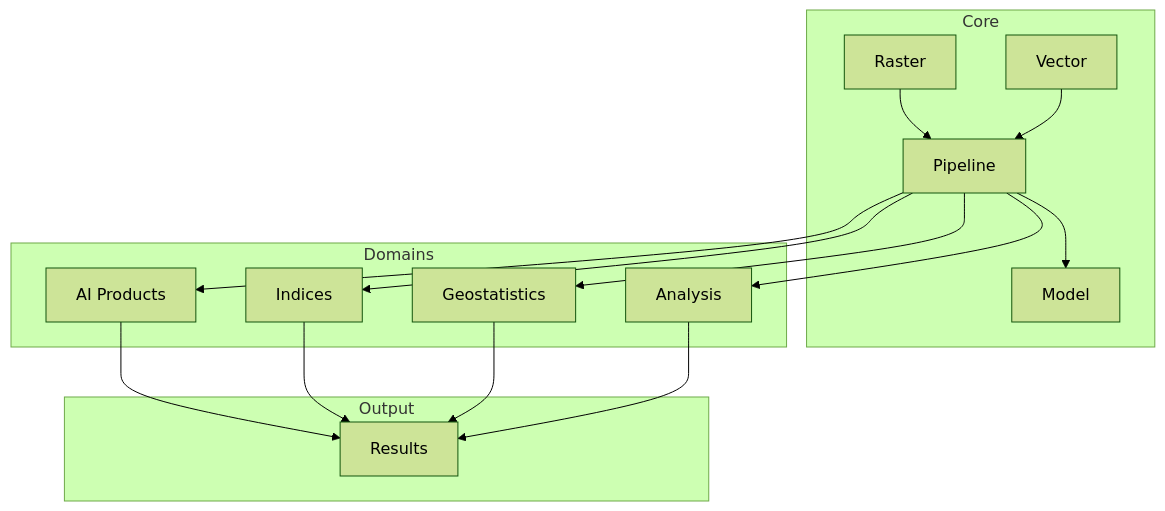
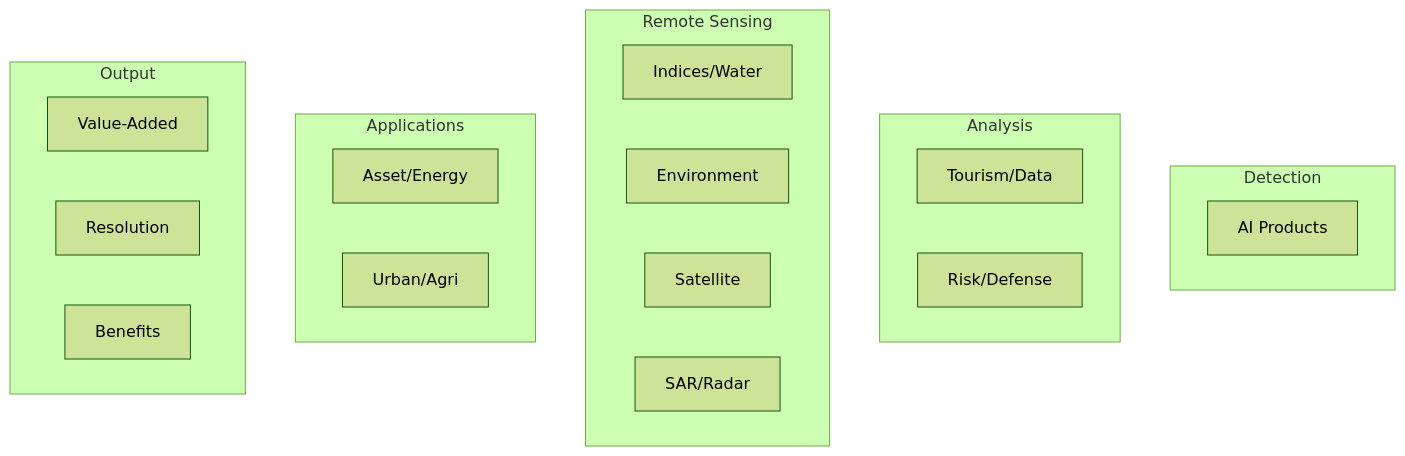
The diagram in docs/capabilities/index.md (unbihexium-oss/unbihexium), drawn with Mermaid (forest theme) before and after one commit. The commit also changed other lines of this file and 13 other files, not shown here.

````diff
--- a/docs/capabilities/index.md
+++ b/docs/capabilities/index.md
@@ -20,22 +26,29 @@
 ```mermaid
 graph TB
-    subgraph Core
-        R[Raster] --> P[Pipeline]
-        V[Vector] --> P
-        P --> M[Model]
+    subgraph Detection
+        AI[AI Products]
     end
-
-    subgraph Domains
-        P --> AI[AI Products]
-        P --> IDX[Indices]
-        P --> GEO[Geostatistics]
-        P --> ANA[Analysis]
+    
+    subgraph Analysis
+        TOUR[Tourism/Data]
+        RISK[Risk/Defense]
     end
-
+    
+    subgraph Remote Sensing
+        IND[Indices/Water]
+        ENV[Environment]
+        SAT[Satellite]
+        SAR[SAR/Radar]
+    end
+    
+    subgraph Applications
+        ASSET[Asset/Energy]
+        URBAN[Urban/Agri]
+    end
+    
     subgraph Output
-        AI --> OUT[Results]
-        IDX --> OUT
-        GEO --> OUT
-        ANA --> OUT
+        VAL[Value-Added]
+        RES[Resolution]
+        BEN[Benefits]
     end
 ```
````
